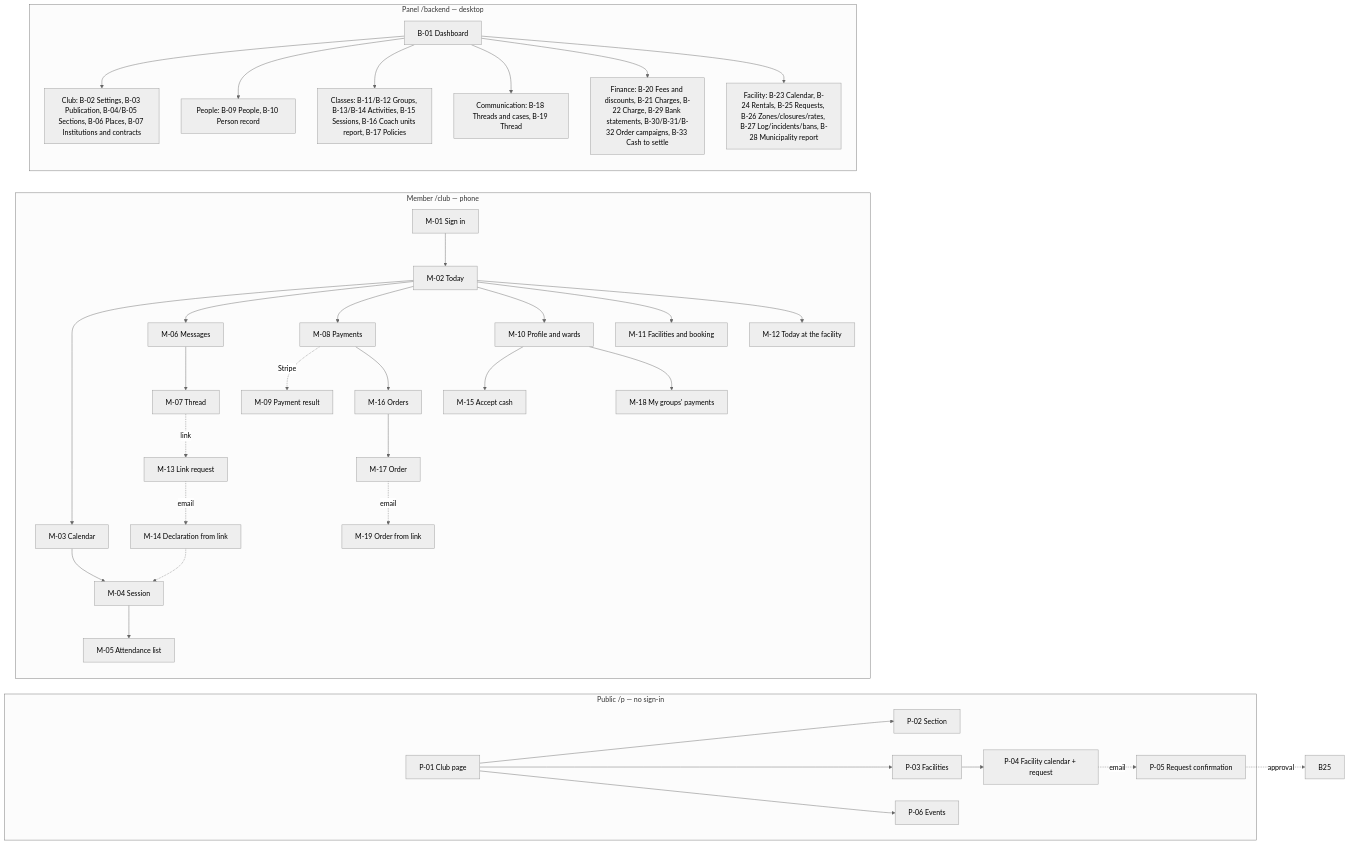
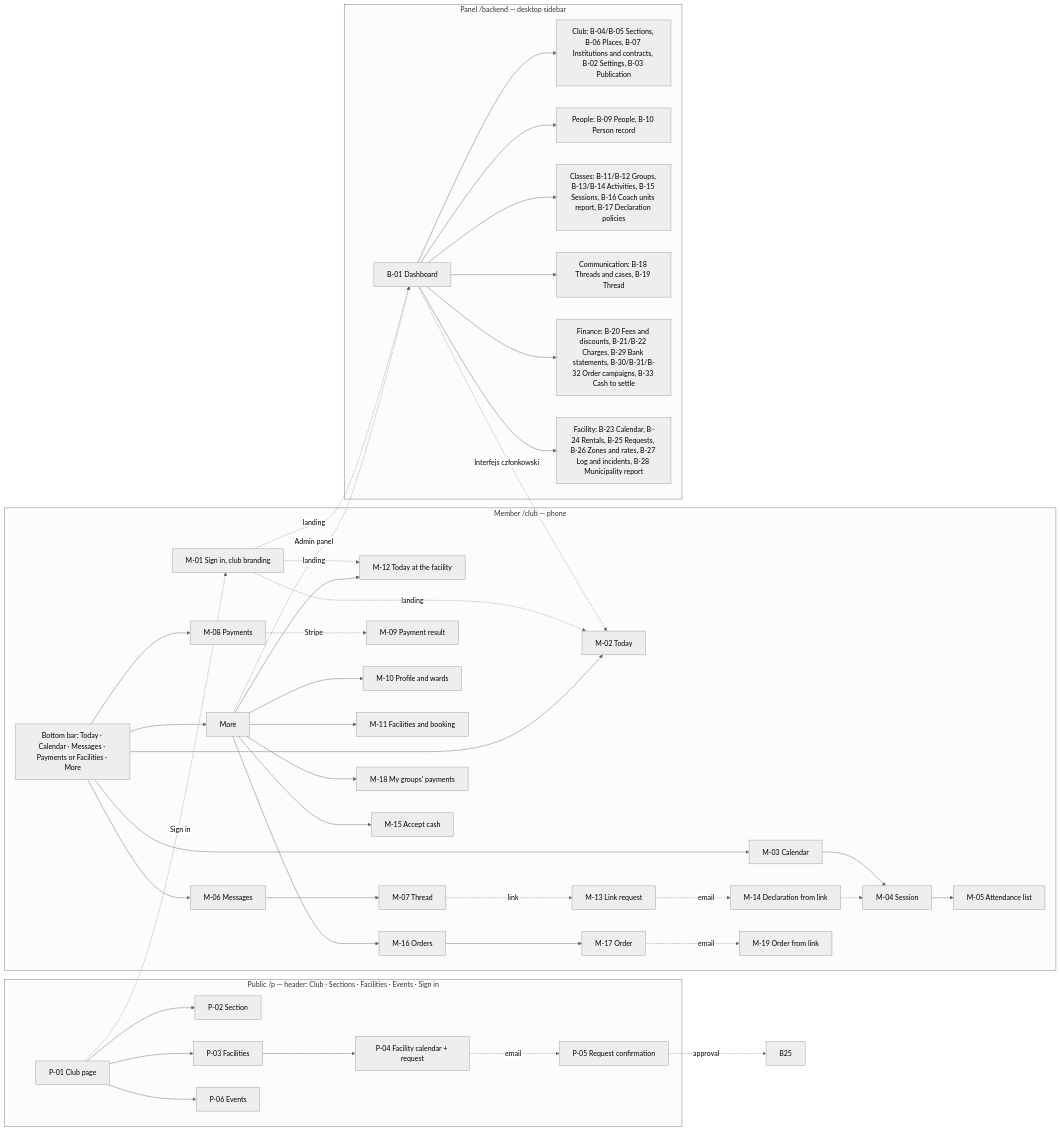
One commit to wladku/Vereino changed the diagram in docs/ux-concept/README.md. Above: the diagram before and after it, drawn with Mermaid (neutral theme). The commit also changed other lines of this file and 2 other files, not shown here.

````diff
--- a/docs/ux-concept/README.md
+++ b/docs/ux-concept/README.md
@@ -145,35 +145,43 @@
 ```mermaid
 flowchart LR
-  subgraph PUB[Public /p — no sign-in]
+  subgraph PUB[Public /p — header: Club · Sections · Facilities · Events · Sign in]
     P01[P-01 Club page] --> P02[P-02 Section]
     P01 --> P03[P-03 Facilities]
     P01 --> P06[P-06 Events]
     P03 --> P04[P-04 Facility calendar + request]
     P04 -.email.-> P05[P-05 Request confirmation]
   end
   subgraph MEM[Member /club — phone]
-    M01[M-01 Sign in] --> M02[M-02 Today]
-    M02 --> M03[M-03 Calendar] --> M04[M-04 Session]
-    M04 --> M05[M-05 Attendance list]
-    M02 --> M06[M-06 Messages] --> M07[M-07 Thread]
-    M02 --> M08[M-08 Payments] -.Stripe.-> M09[M-09 Payment result]
-    M02 --> M10[M-10 Profile and wards]
-    M02 --> M11[M-11 Facilities and booking]
-    M02 --> M12[M-12 Today at the facility]
+    M01[M-01 Sign in, club branding] -.landing.-> M02[M-02 Today]
+    M01 -.landing.-> M12[M-12 Today at the facility]
+    BAR[Bottom bar: Today · Calendar · Messages · Payments or Facilities · More]
+    BAR --> M02
+    BAR --> M03[M-03 Calendar] --> M04[M-04 Session] --> M05[M-05 Attendance list]
+    BAR --> M06[M-06 Messages] --> M07[M-07 Thread]
+    BAR --> M08[M-08 Payments] -.Stripe.-> M09[M-09 Payment result]
+    BAR --> MORE[More]
+    MORE --> M10[M-10 Profile and wards]
+    MORE --> M11[M-11 Facilities and booking]
+    MORE --> M12
+    MORE --> M16[M-16 Orders] --> M17[M-17 Order]
+    MORE --> M18[M-18 My groups' payments]
+    MORE --> M15[M-15 Accept cash]
     M13[M-13 Link request] -.email.-> M14[M-14 Declaration from link]
-    M08 --> M16[M-16 Orders] --> M17[M-17 Order] -.email.-> M19[M-19 Order from link]
-    M10 --> M15[M-15 Accept cash]
-    M10 --> M18[M-18 My groups' payments]
+    M17 -.email.-> M19[M-19 Order from link]
   end
-  subgraph BCK[Panel /backend — desktop]
-    B01[B-01 Dashboard] --> KLUB[Club: B-02 Settings, B-03 Publication, B-04/B-05 Sections, B-06 Places, B-07 Institutions and contracts]
+  subgraph BCK[Panel /backend — desktop sidebar]
+    B01[B-01 Dashboard] --> KLUB[Club: B-04/B-05 Sections, B-06 Places, B-07 Institutions and contracts, B-02 Settings, B-03 Publication]
     B01 --> LUDZIE[People: B-09 People, B-10 Person record]
-    B01 --> ZAJ[Classes: B-11/B-12 Groups, B-13/B-14 Activities, B-15 Sessions, B-16 Coach units report, B-17 Policies]
+    B01 --> ZAJ[Classes: B-11/B-12 Groups, B-13/B-14 Activities, B-15 Sessions, B-16 Coach units report, B-17 Declaration policies]
     B01 --> KOM[Communication: B-18 Threads and cases, B-19 Thread]
-    B01 --> FIN[Finance: B-20 Fees and discounts, B-21 Charges, B-22 Charge, B-29 Bank statements, B-30/B-31/B-32 Order campaigns, B-33 Cash to settle]
-    B01 --> OBJ[Facility: B-23 Calendar, B-24 Rentals, B-25 Requests, B-26 Zones/closures/rates, B-27 Log/incidents/bans, B-28 Municipality report]
+    B01 --> FIN[Finance: B-20 Fees and discounts, B-21/B-22 Charges, B-29 Bank statements, B-30/B-31/B-32 Order campaigns, B-33 Cash to settle]
+    B01 --> OBJ[Facility: B-23 Calendar, B-24 Rentals, B-25 Requests, B-26 Zones and rates, B-27 Log and incidents, B-28 Municipality report]
   end
+  M01 -.landing.-> B01
+  MORE -.Admin panel.-> B01
+  B01 -.Interfejs członkowski.-> M02
+  P01 -.Sign in.-> M01
   M14 -.-> M04
   P05 -.approval.-> B25
   M07 -.link.-> M13
 ```
````
